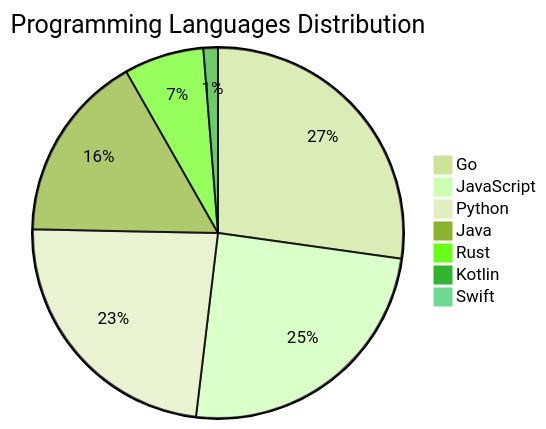
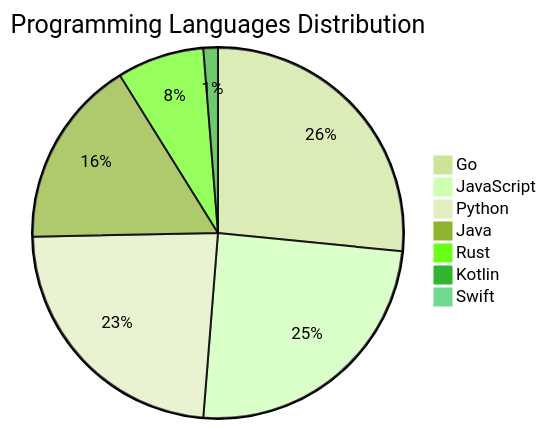
One commit to Derrick-MUGISHA/github-activity-bot changed the diagram in README.md. Above: the diagram before and after it, drawn with Mermaid (forest theme). The commit also changed other lines of this file and 4 other files, not shown here.

````diff
--- a/README.md
+++ b/README.md
@@ -209,10 +209,10 @@
 ```mermaid
 pie title Programming Languages Distribution
-    "Go" : 43
+    "Go" : 42
     "JavaScript" : 39
     "Python" : 37
     "Java" : 26
-    "Rust" : 11
+    "Rust" : 12
     "Kotlin" : 2
     "Swift" : 1
 ```
````
